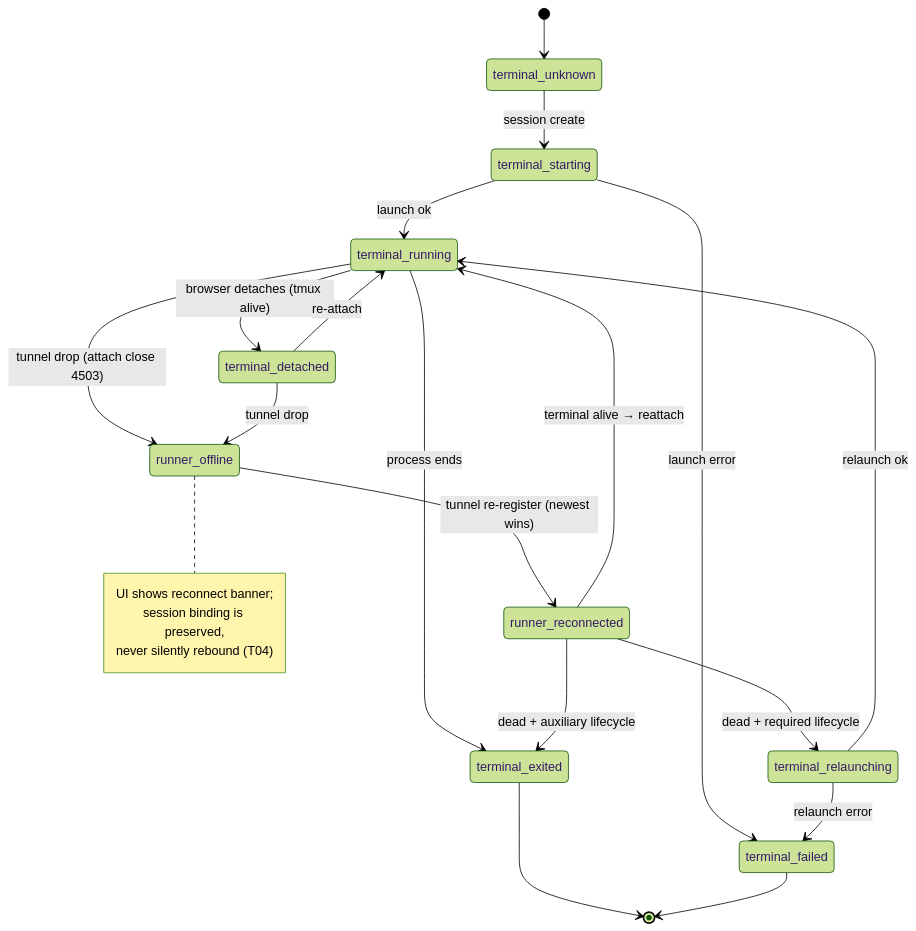
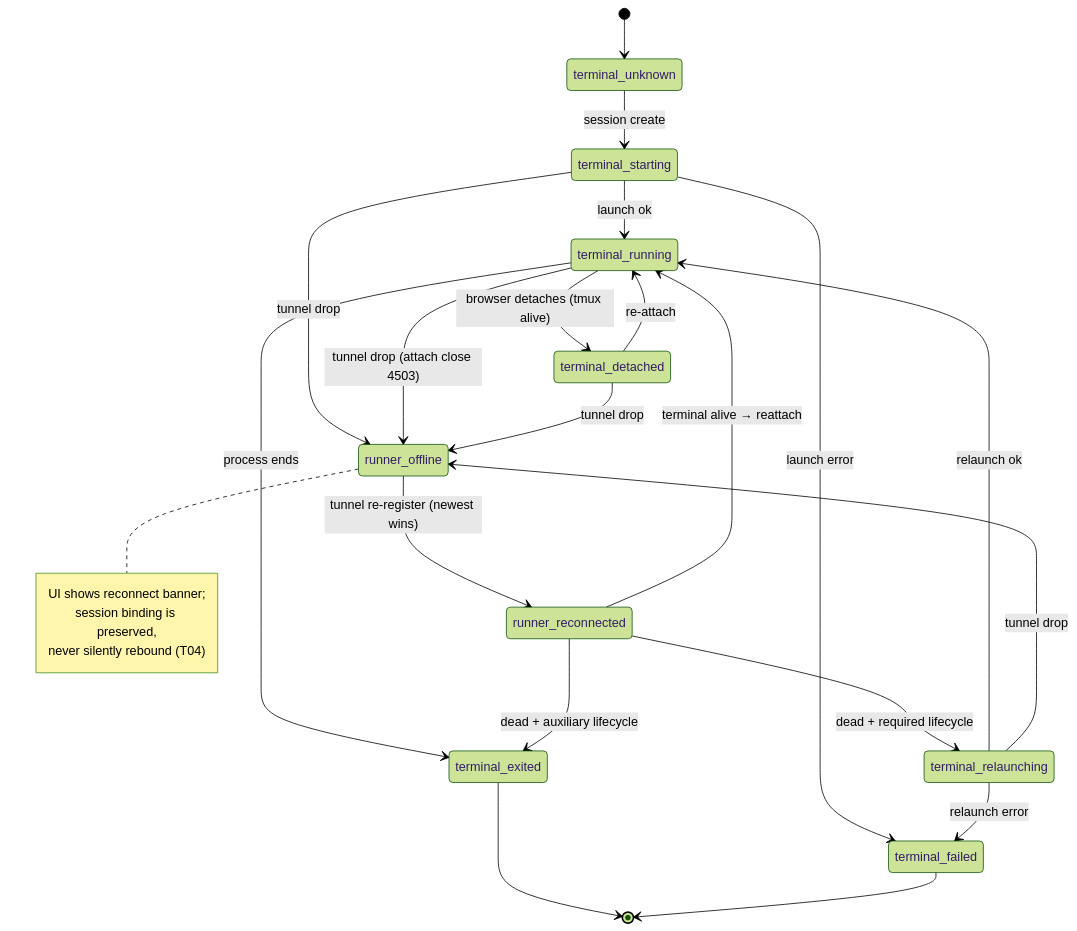
One commit to drunkod/omnigent changed the fourth of 5 diagrams in docs/mvp-remote-runner-mirroring/06-architecture-diagrams.md. Above: the diagram before and after it, drawn with Mermaid (forest theme). The commit also changed other lines of this file and 3 other files, not shown here.

Commit message:
Clarify remote runner mirroring flows

````diff
--- a/docs/mvp-remote-runner-mirroring/06-architecture-diagrams.md
+++ b/docs/mvp-remote-runner-mirroring/06-architecture-diagrams.md
@@ -177,30 +186,32 @@
 ```mermaid
 stateDiagram-v2
     [*] --> terminal_unknown
     terminal_unknown --> terminal_starting: session create
     terminal_starting --> terminal_running: launch ok
     terminal_starting --> terminal_failed: launch error
+    terminal_starting --> runner_offline: tunnel drop
 
     terminal_running --> terminal_detached: browser detaches (tmux alive)
     terminal_detached --> terminal_running: re-attach
     terminal_running --> terminal_exited: process ends
 
     terminal_running --> runner_offline: tunnel drop (attach close 4503)
     terminal_detached --> runner_offline: tunnel drop
     runner_offline --> runner_reconnected: tunnel re-register (newest wins)
 
     runner_reconnected --> terminal_running: terminal alive → reattach
     runner_reconnected --> terminal_exited: dead + auxiliary lifecycle
     runner_reconnected --> terminal_relaunching: dead + required lifecycle
     terminal_relaunching --> terminal_running: relaunch ok
     terminal_relaunching --> terminal_failed: relaunch error
+    terminal_relaunching --> runner_offline: tunnel drop
 
     terminal_exited --> [*]
     terminal_failed --> [*]
 
     note right of runner_offline
         UI shows reconnect banner;
         session binding is preserved,
         never silently rebound (T04)
     end note
 ```
````
